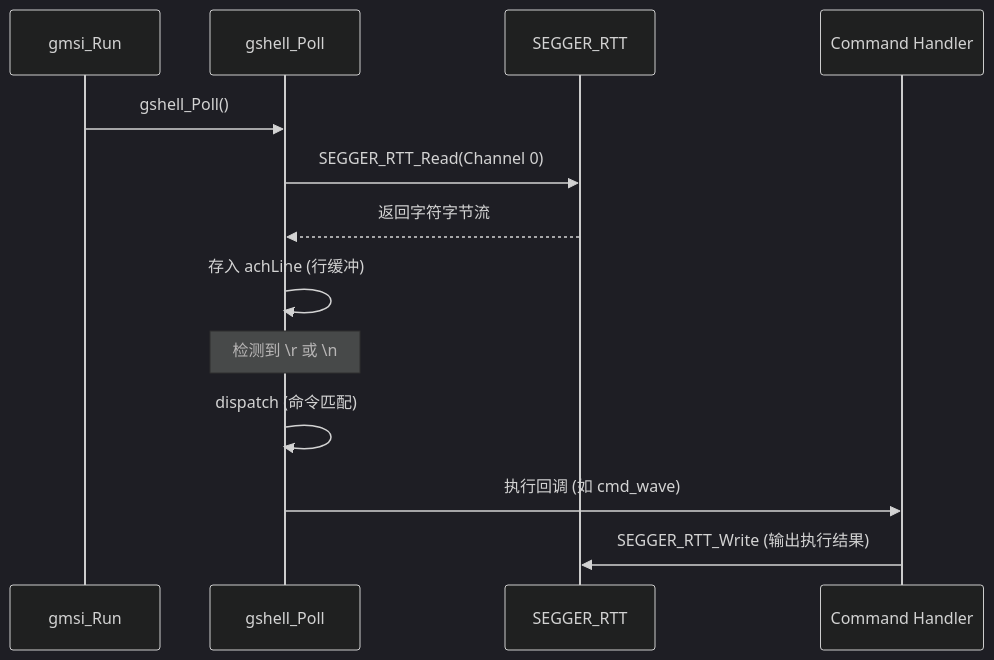
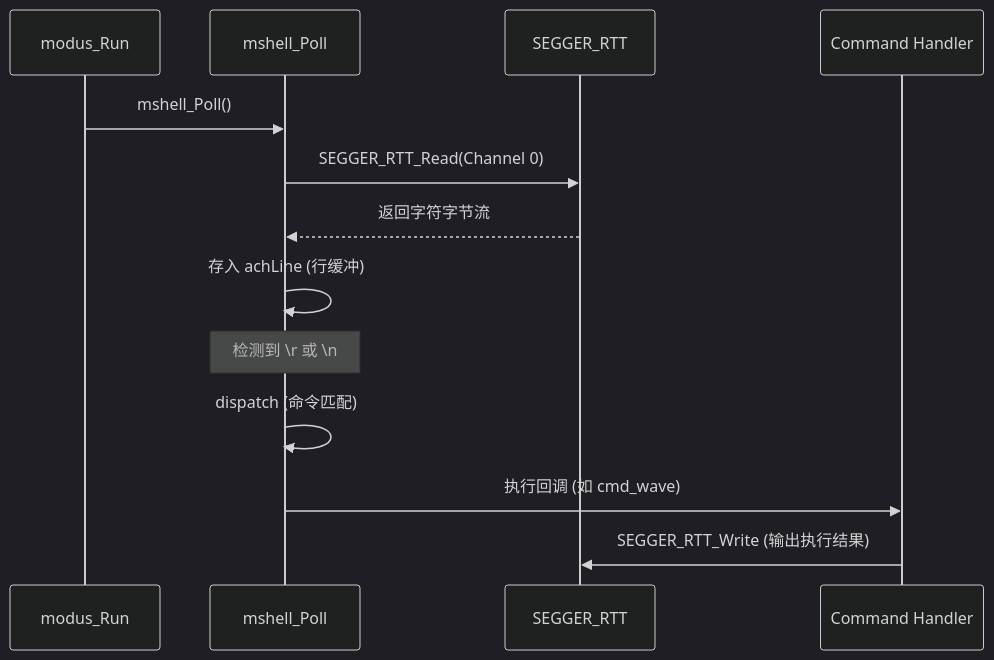
One commit to wyxun/gmsi changed the diagram in doc/gdebug/gshell.md. Above: the diagram before and after it, drawn with Mermaid (dark theme). The commit also changed other lines of this file and 139 other files, not shown here.

````diff
--- a/doc/gdebug/gshell.md
+++ b/doc/gdebug/gshell.md
@@ -89,16 +89,16 @@
 ```mermaid
 sequenceDiagram
-    participant Main as gmsi_Run
-    participant Poll as gshell_Poll
+    participant Main as modus_Run
+    participant Poll as mshell_Poll
     participant RTT as SEGGER_RTT
     participant Cmd as Command Handler
 
-    Main->>Poll: gshell_Poll()
+    Main->>Poll: mshell_Poll()
     Poll->>RTT: SEGGER_RTT_Read(Channel 0)
     RTT-->>Poll: 返回字符字节流
     Poll->>Poll: 存入 achLine (行缓冲)
     Note over Poll: 检测到 \r 或 \n
     Poll->>Poll: dispatch (命令匹配)
     Poll->>Cmd: 执行回调 (如 cmd_wave)
     Cmd->>RTT: SEGGER_RTT_Write (输出执行结果)
 ```
````
